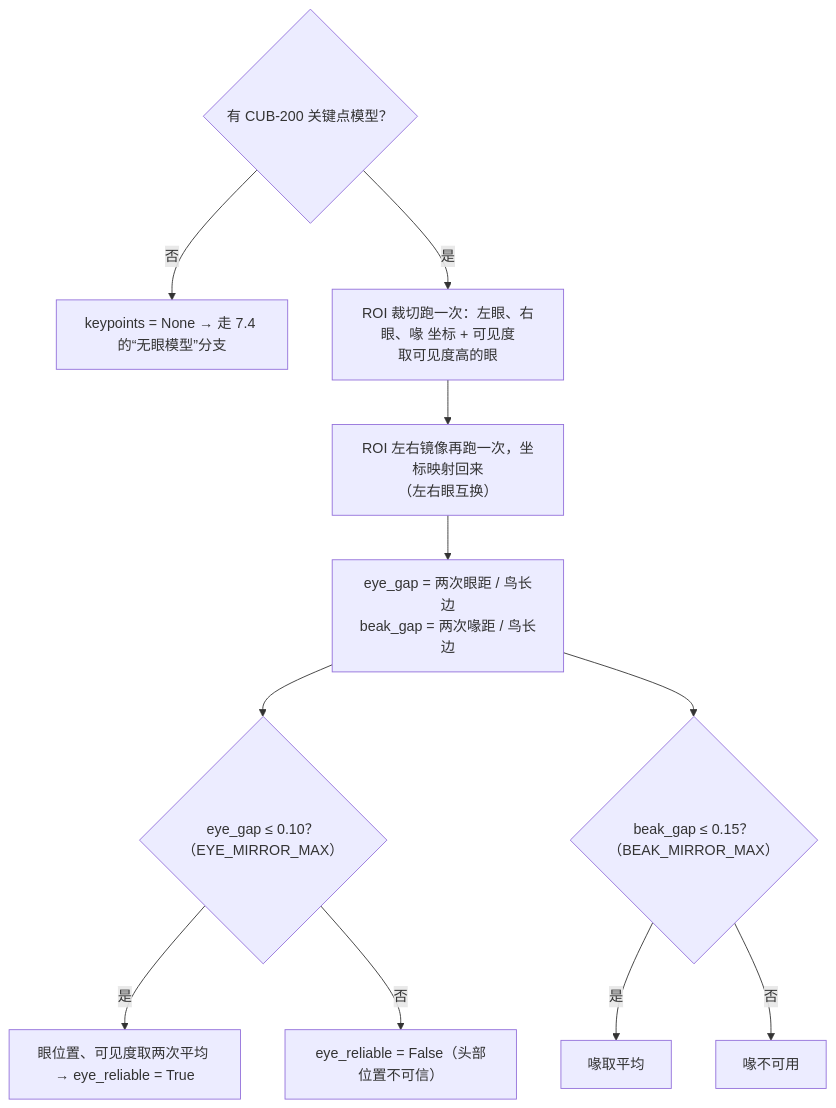
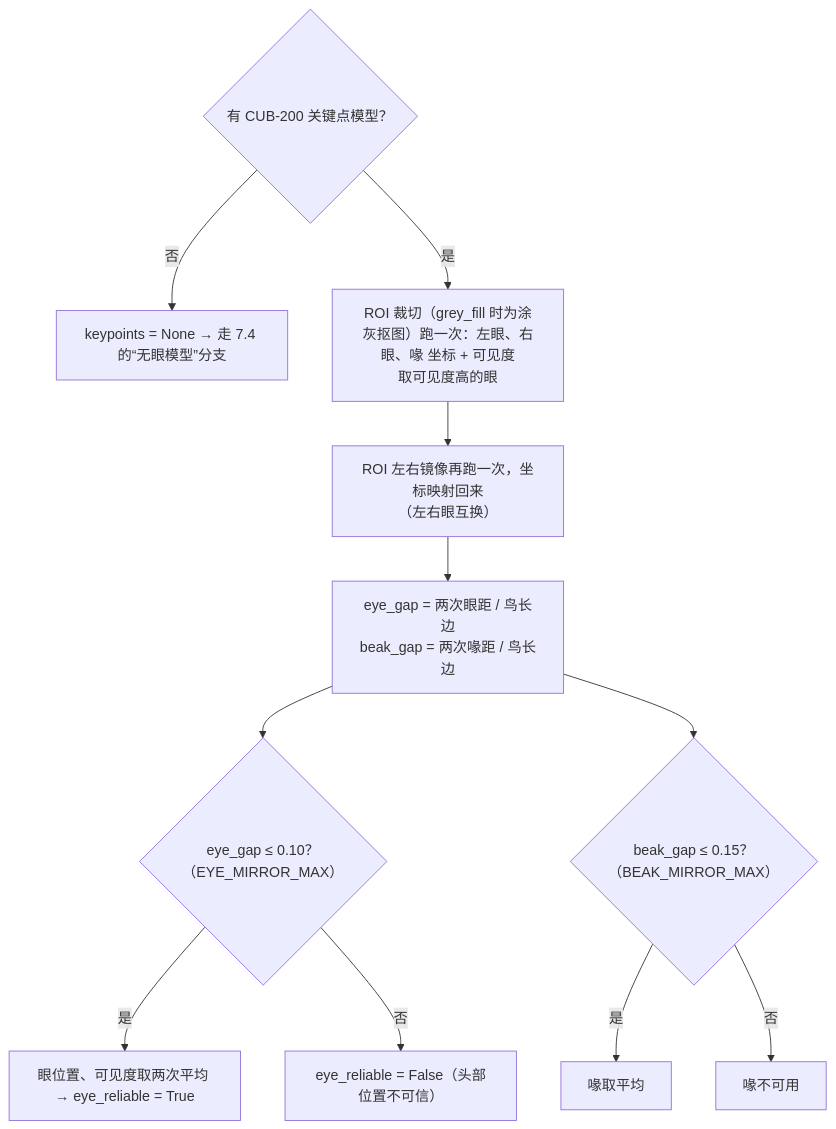
One commit to OscarKing888/SuperBirdTools changed the ninth of 17 diagrams in docs/bird_sharpness_flowchart.md. Above: the diagram before and after it, drawn with Mermaid. The commit also changed other lines of this file and 10 other files, not shown here.

````diff
--- a/docs/bird_sharpness_flowchart.md
+++ b/docs/bird_sharpness_flowchart.md
@@ -244,13 +254,13 @@
 ```mermaid
 flowchart TD
     A{"有 CUB-200 关键点模型？"} -->|否| Z["keypoints = None → 走 7.4 的“无眼模型”分支"]
-    A -->|是| B["ROI 裁切跑一次：左眼、右眼、喙 坐标 + 可见度<br/>取可见度高的眼"]
+    A -->|是| B["ROI 裁切（grey_fill 时为涂灰抠图）跑一次：左眼、右眼、喙 坐标 + 可见度<br/>取可见度高的眼"]
     B --> C["ROI 左右镜像再跑一次，坐标映射回来<br/>（左右眼互换）"]
     C --> D["eye_gap = 两次眼距 / 鸟长边<br/>beak_gap = 两次喙距 / 鸟长边"]
     D --> E{"eye_gap ≤ 0.10？（EYE_MIRROR_MAX）"}
     E -->|是| F["眼位置、可见度取两次平均 → eye_reliable = True"]
     E -->|否| G["eye_reliable = False（头部位置不可信）"]
     D --> H{"beak_gap ≤ 0.15？（BEAK_MIRROR_MAX）"}
     H -->|是| I["喙取平均"]
     H -->|否| J["喙不可用"]
 ```
````
